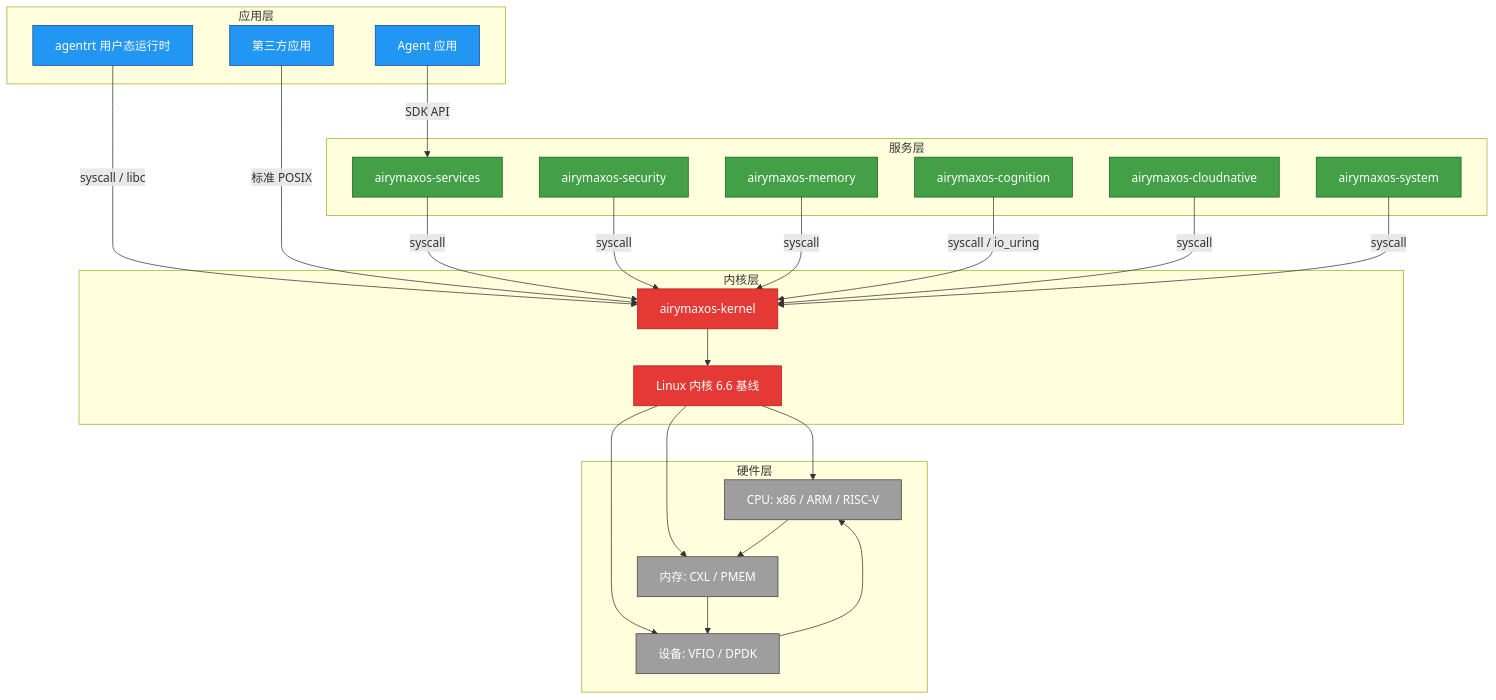
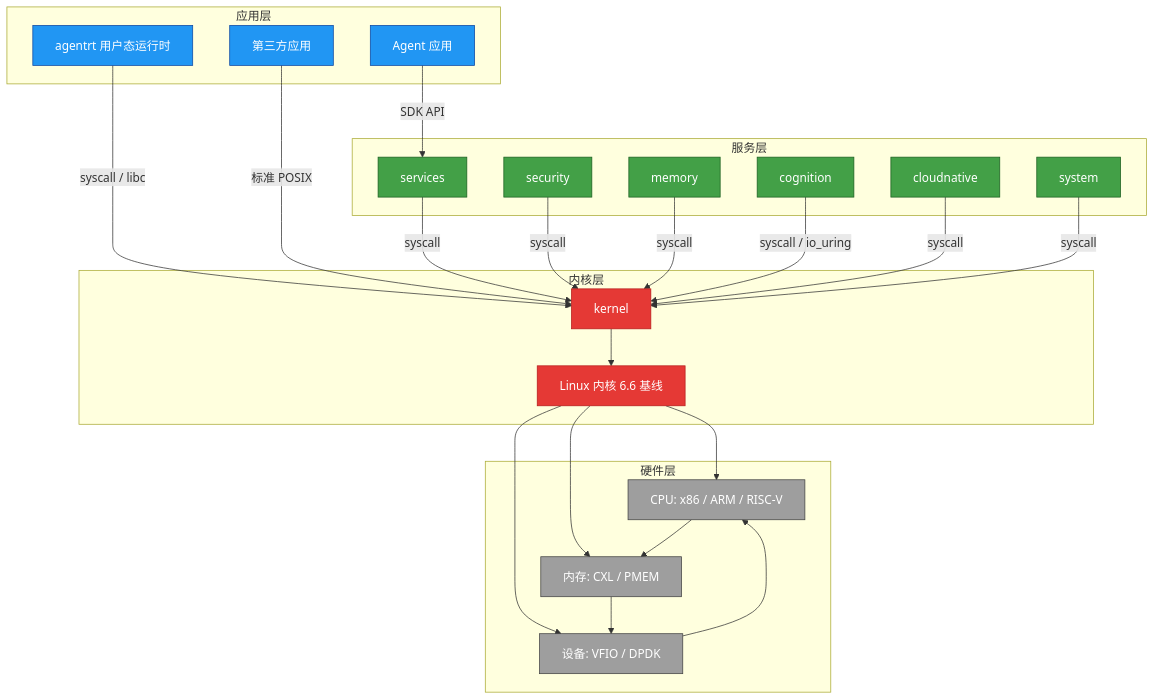
Before and after one commit to SpharxTeam/Docs: the first of 3 diagrams in AirymaxOS/50-engineering-standards/40-integration/README.md, drawn with Mermaid. The commit also changed other lines of this file and 217 other files, not shown here.

````diff
--- a/AirymaxOS/50-engineering-standards/40-integration/README.md
+++ b/AirymaxOS/50-engineering-standards/40-integration/README.md
@@ -53,55 +56,55 @@
 ```mermaid
 graph TD
     subgraph 应用层
         A1[agentrt 用户态运行时]
         A2[Agent 应用]
         A3[第三方应用]
     end
 
     subgraph 服务层
-        S1[airymaxos-services]
-        S2[airymaxos-security]
-        S3[airymaxos-memory]
-        S4[airymaxos-cognition]
-        S5[airymaxos-cloudnative]
-        S6[airymaxos-system]
+        S1[services]
+        S2[security]
+        S3[memory]
+        S4[cognition]
+        S5[cloudnative]
+        S6[system]
     end
 
     subgraph 内核层
-        K1[airymaxos-kernel]
+        K1[kernel]
         K2[Linux 内核 6.6 基线]
     end
 
     subgraph 硬件层
         H1[CPU: x86 / ARM / RISC-V]
         H2[内存: CXL / PMEM]
         H3[设备: VFIO / DPDK]
     end
 
     A1 -->|syscall / libc| K1
     A2 -->|SDK API| S1
     A3 -->|标准 POSIX| K1
     S1 -->|syscall| K1
     S2 -->|syscall| K1
     S3 -->|syscall| K1
     S4 -->|syscall / io_uring| K1
     S5 -->|syscall| K1
     S6 -->|syscall| K1
     K1 --> K2
     K2 --> H1
     K2 --> H2
     K2 --> H3
     H1 --> H2
     H2 --> H3
     H3 --> H1
 
     classDef app fill:#2196f3,stroke:#0d47a1,color:#ffffff
     classDef svc fill:#43a047,stroke:#1b5e20,color:#ffffff
     classDef kernel fill:#e53935,stroke:#b71c1c,color:#ffffff
     classDef hw fill:#9e9e9e,stroke:#424242,color:#ffffff
 
     class A1,A2,A3 app
     class S1,S2,S3,S4,S5,S6 svc
     class K1,K2 kernel
     class H1,H2,H3 hw
 ```
````
